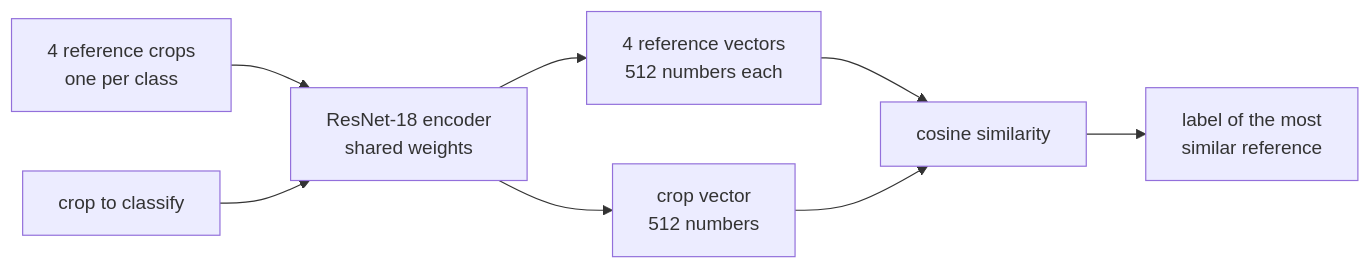
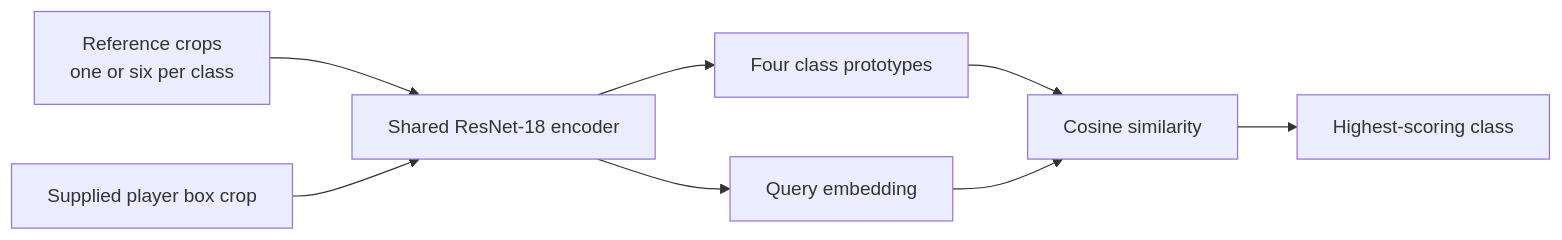
Before and after one commit to Hmenez3s/few-shot-team-goalkeeper-assignment: the diagram in README.md, drawn with Mermaid. The commit also changed other lines of this file and 1 other file, not shown here.

````diff
--- a/README.md
+++ b/README.md
@@ -34,10 +21,10 @@
 ```mermaid
 flowchart LR
-    R["4 reference crops<br/>one per class"] --> E["ResNet-18 encoder<br/>shared weights"]
-    Q["crop to classify"] --> E
-    E --> P["4 reference vectors<br/>512 numbers each"]
-    E --> V["crop vector<br/>512 numbers"]
-    P --> S["cosine similarity"]
+    R["Reference crops<br/>one or six per class"] --> E["Shared ResNet-18 encoder"]
+    Q["Supplied player box crop"] --> E
+    E --> P["Four class prototypes"]
+    E --> V["Query embedding"]
+    P --> S["Cosine similarity"]
     V --> S
-    S --> L["label of the most<br/>similar reference"]
+    S --> L["Highest-scoring class"]
 ```
````
